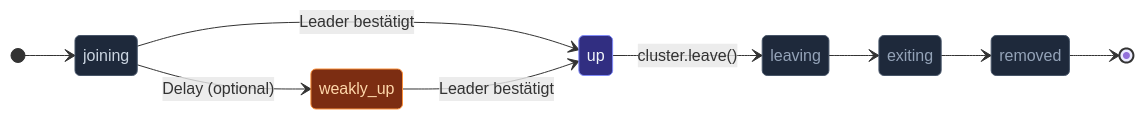
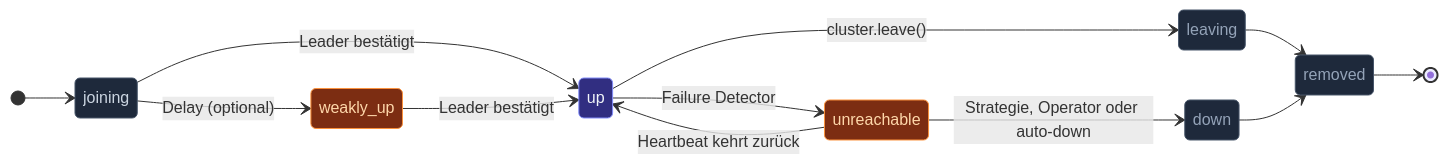
The second of 2 diagrams in docs/src/content/docs/de/cluster/weakly-up.mdx (pathosDev/actor-ts), drawn with Mermaid before and after one commit. The commit also changed 5 other files, not shown here.

````diff
--- a/docs/src/content/docs/de/cluster/weakly-up.mdx
+++ b/docs/src/content/docs/de/cluster/weakly-up.mdx
@@ -109,20 +109,23 @@
 ```mermaid
 stateDiagram-v2
   direction LR
   [*] --> joining
   joining --> weakly_up: Delay (optional)
   joining --> up: Leader bestätigt
   weakly_up --> up: Leader bestätigt
+  up --> unreachable: Failure Detector
+  unreachable --> up: Heartbeat kehrt zurück
+  unreachable --> down: Strategie, Operator oder auto-down
   up --> leaving: cluster.leave()
-  leaving --> exiting
-  exiting --> removed
+  leaving --> removed
+  down --> removed
   removed --> [*]
   classDef start fill:#1e293b,stroke:#475569,color:#cbd5e1;
   classDef warn  fill:#7c2d12,stroke:#fb923c,color:#fed7aa;
   classDef ok    fill:#312e81,stroke:#818cf8,color:#f1f5f9;
   classDef gone  fill:#1e293b,stroke:#475569,color:#94a3b8;
   class joining start
-  class weakly_up warn
+  class weakly_up,unreachable warn
   class up ok
-  class leaving,exiting,removed gone
+  class leaving,down,removed gone
 ```
````
